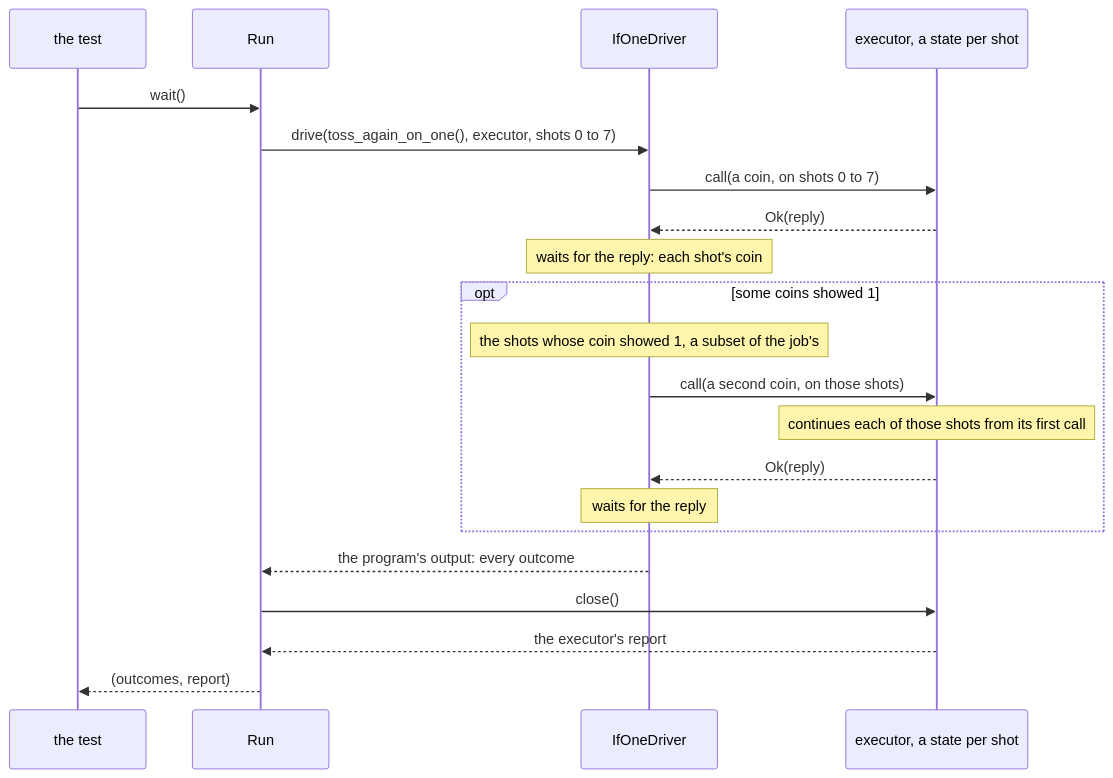
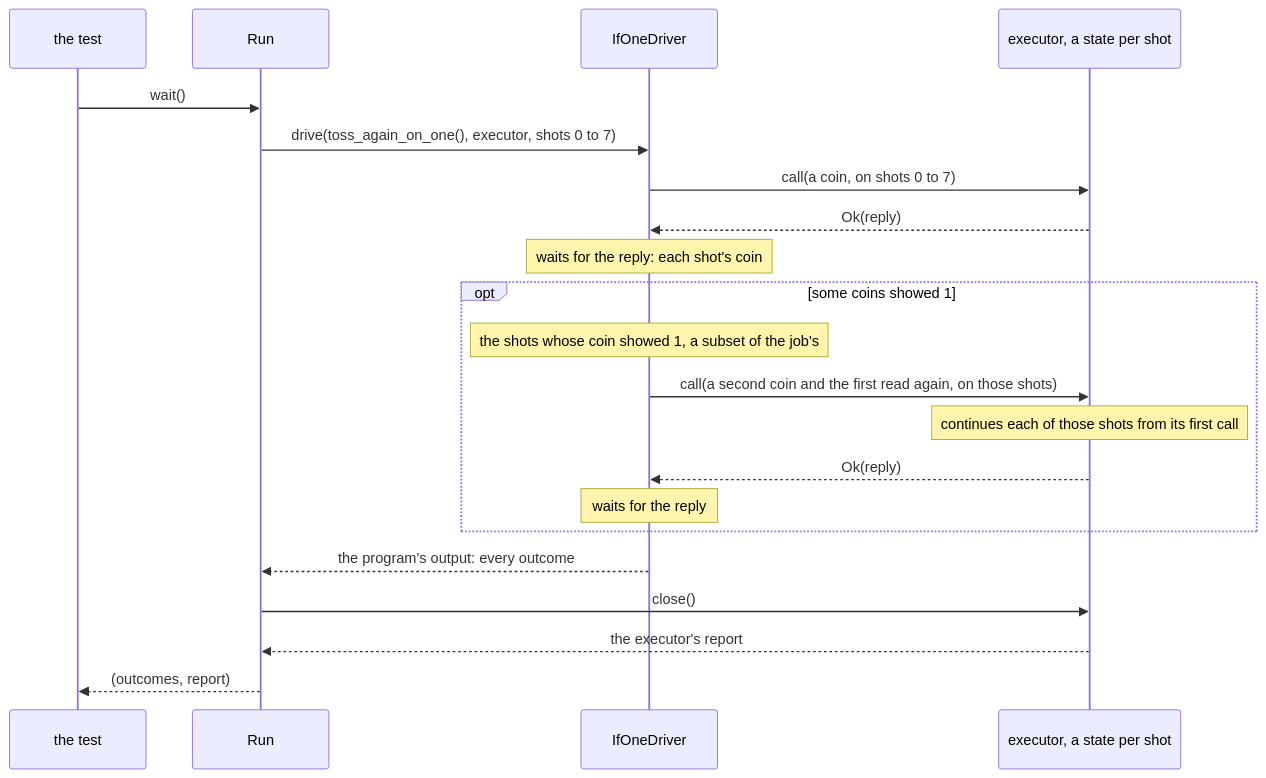
One commit to microsoft/qdk changed the third of 6 diagrams in source/executor_protocol/docs/protocol.md. Above: the diagram before and after it, drawn with Mermaid. The commit also changed other lines of this file and 14 other files, not shown here.

````diff
--- a/source/executor_protocol/docs/protocol.md
+++ b/source/executor_protocol/docs/protocol.md
@@ -175,23 +176,23 @@
 ```mermaid
 sequenceDiagram
   participant T as the test
   participant R as Run
   participant D as IfOneDriver
   participant E as executor, a state per shot
   T->>R: wait()
   R->>D: drive(toss_again_on_one(), executor, shots 0 to 7)
   D->>E: call(a coin, on shots 0 to 7)
   E-->>D: Ok(reply)
   Note over D: waits for the reply: each shot's coin
   opt some coins showed 1
     Note over D: the shots whose coin showed 1, a subset of the job's
-    D->>E: call(a second coin, on those shots)
+    D->>E: call(a second coin and the first read again, on those shots)
     Note over E: continues each of those shots from its first call
     E-->>D: Ok(reply)
     Note over D: waits for the reply
   end
   D-->>R: the program's output: every outcome
   R->>E: close()
   E-->>R: the executor's report
   R-->>T: (outcomes, report)
 ```
````
